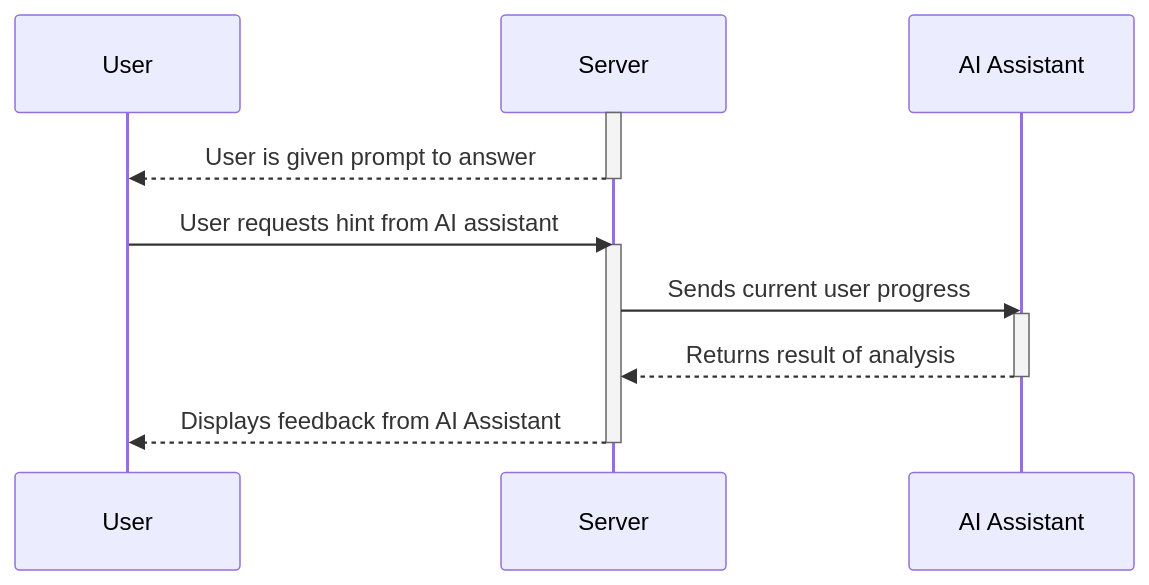
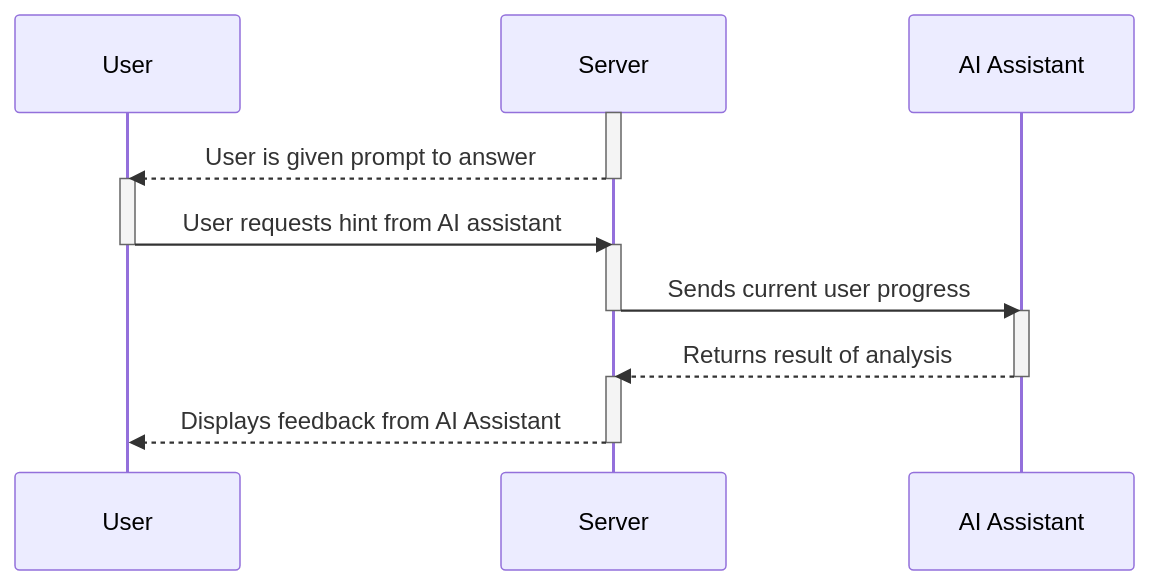
One commit to capstone-projects-2024-fall/project-whiteboardflow changed the seventh of 8 diagrams in documentation/docs/system-architecture/Sequence Diagrams.md. Above: the diagram before and after it, drawn with Mermaid. The commit also changed other lines of this file, not shown here.

First line of the commit message:
Revise sequence diagrams

````diff
--- a/documentation/docs/system-architecture/Sequence Diagrams.md
+++ b/documentation/docs/system-architecture/Sequence Diagrams.md
@@ -211,24 +249,29 @@
 ```mermaid
 
 sequenceDiagram
 
 participant User
 participant Server
 participant AI Assistant
 
 activate Server
-Server-->>User:User is given prompt to answer
+Server -->> User: User is given prompt to answer
 deactivate Server
 
-User->>Server: User requests hint from AI assistant
+activate User
+User ->> Server: User requests hint from AI assistant
+deactivate User
+
 activate Server
 Server ->> AI Assistant: Sends current user progress
+deactivate Server
+
 activate AI Assistant
-
 AI Assistant -->> Server: Returns result of analysis
 deactivate AI Assistant
 
+activate Server
 Server -->> User: Displays feedback from AI Assistant
 deactivate Server
 
 ```
````
